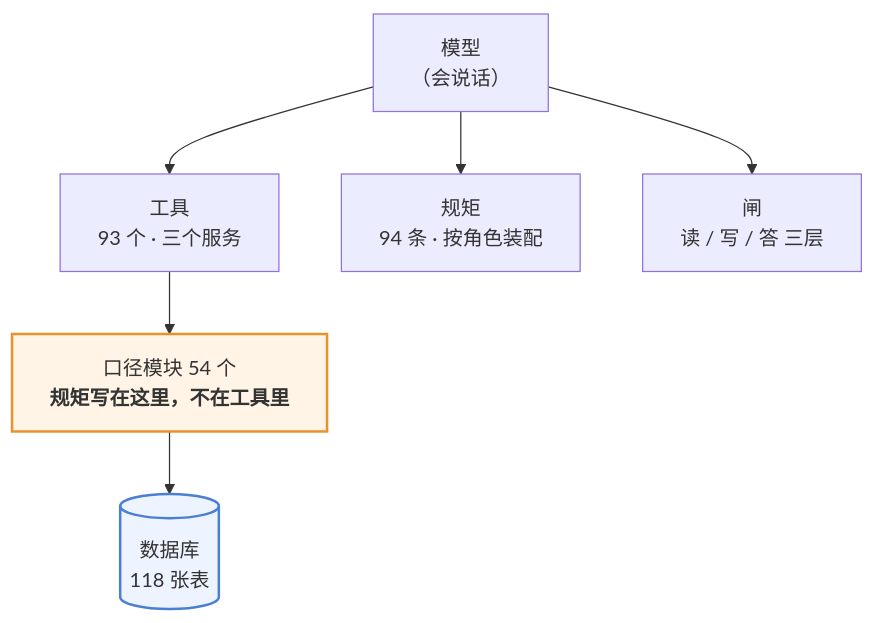
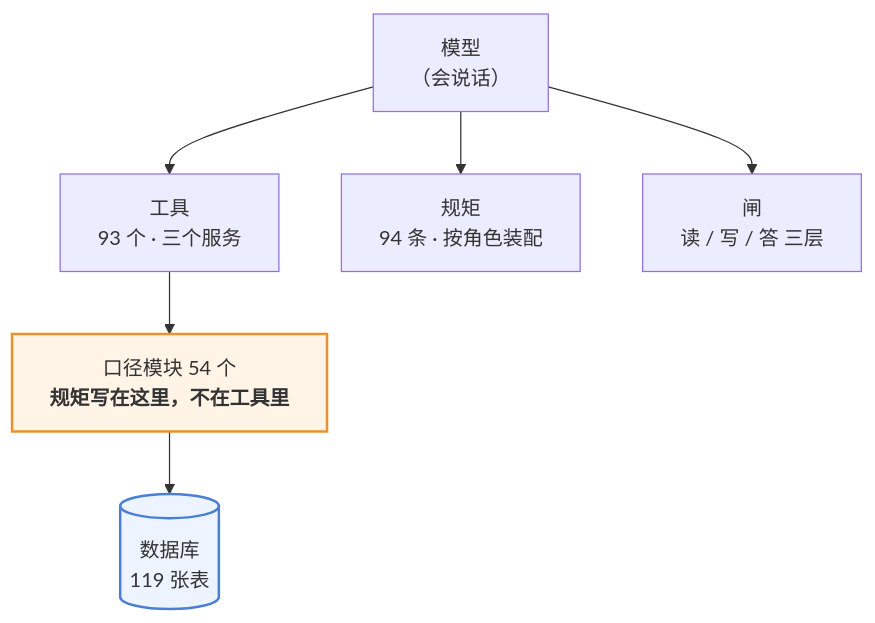
The first of 3 diagrams in 澜绣云裳agent-产品说明.md (843773296-rgb/lanxiu-yunshang-agent), drawn with Mermaid before and after one commit. The commit also changed other lines of this file and 19 other files, not shown here.

````diff
--- a/澜绣云裳agent-产品说明.md
+++ b/澜绣云裳agent-产品说明.md
@@ -62,12 +62,12 @@
 ```mermaid
 flowchart TD
     M["模型<br/>（会说话）"]
     M --> T["工具<br/>93 个 · 三个服务"]
     M --> R["规矩<br/>94 条 · 按角色装配"]
     M --> G["闸<br/>读 / 写 / 答 三层"]
     T --> K["口径模块 54 个<br/><b>规矩写在这里，不在工具里</b>"]
-    K --> DB[("数据库<br/>118 张表")]
+    K --> DB[("数据库<br/>119 张表")]
 
     style K fill:#fff4e6,stroke:#e8912d,stroke-width:2px
     style DB fill:#eef4ff,stroke:#4a7fd4,stroke-width:2px
 ```
````
